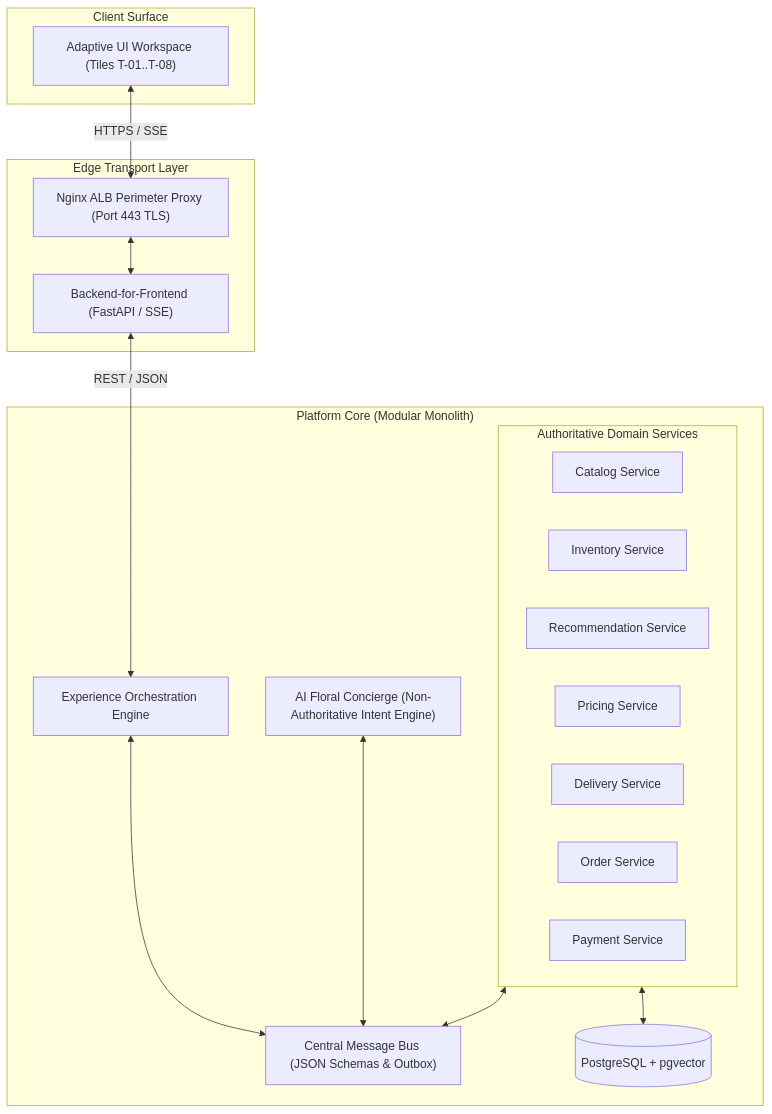
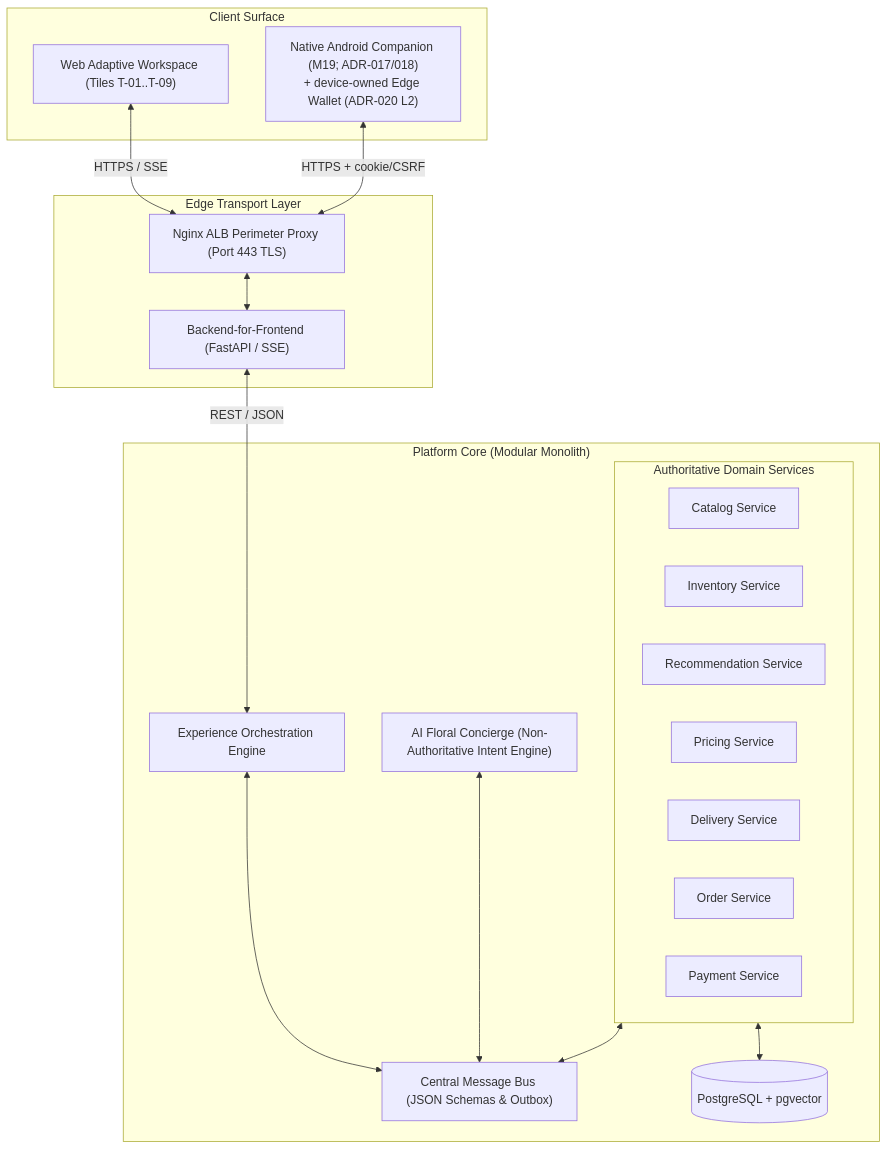
Before and after one commit to artofdream/adaptive-experience: the second of 5 diagrams in docs/aea-system-documentation.md, drawn with Mermaid. The commit also changed other lines of this file, not shown here.

````diff
--- a/docs/aea-system-documentation.md
+++ b/docs/aea-system-documentation.md
@@ -47,37 +47,39 @@
 ```mermaid
 flowchart TD
     subgraph Client ["Client Surface"]
-        UI["Adaptive UI Workspace (Tiles T-01..T-08)"]
+        UI["Web Adaptive Workspace (Tiles T-01..T-09)"]
+        APP["Native Android Companion (M19; ADR-017/018)\n+ device-owned Edge Wallet (ADR-020 L2)"]
     end
 
     subgraph Edge ["Edge Transport Layer"]
         ALB["Nginx ALB Perimeter Proxy (Port 443 TLS)"]
         BFF["Backend-for-Frontend (FastAPI / SSE)"]
     end
 
     subgraph Core ["Platform Core (Modular Monolith)"]
         AI["AI Floral Concierge (Non-Authoritative Intent Engine)"]
         EOE["Experience Orchestration Engine"]
         BUS["Central Message Bus (JSON Schemas & Outbox)"]
         
         subgraph Domain ["Authoritative Domain Services"]
             CAT["Catalog Service"]
             INV["Inventory Service"]
             REC["Recommendation Service"]
             PRC["Pricing Service"]
             DEL["Delivery Service"]
             ORD["Order Service"]
             PAY["Payment Service"]
         end
 
         DB[(PostgreSQL + pgvector)]
     end
 
     UI <-->|HTTPS / SSE| ALB
+    APP <-->|HTTPS + cookie/CSRF| ALB
     ALB <--> BFF
     BFF <-->|REST / JSON| EOE
     EOE <--> BUS
     AI <--> BUS
     Domain <--> BUS
     Domain <--> DB
 ```
````
